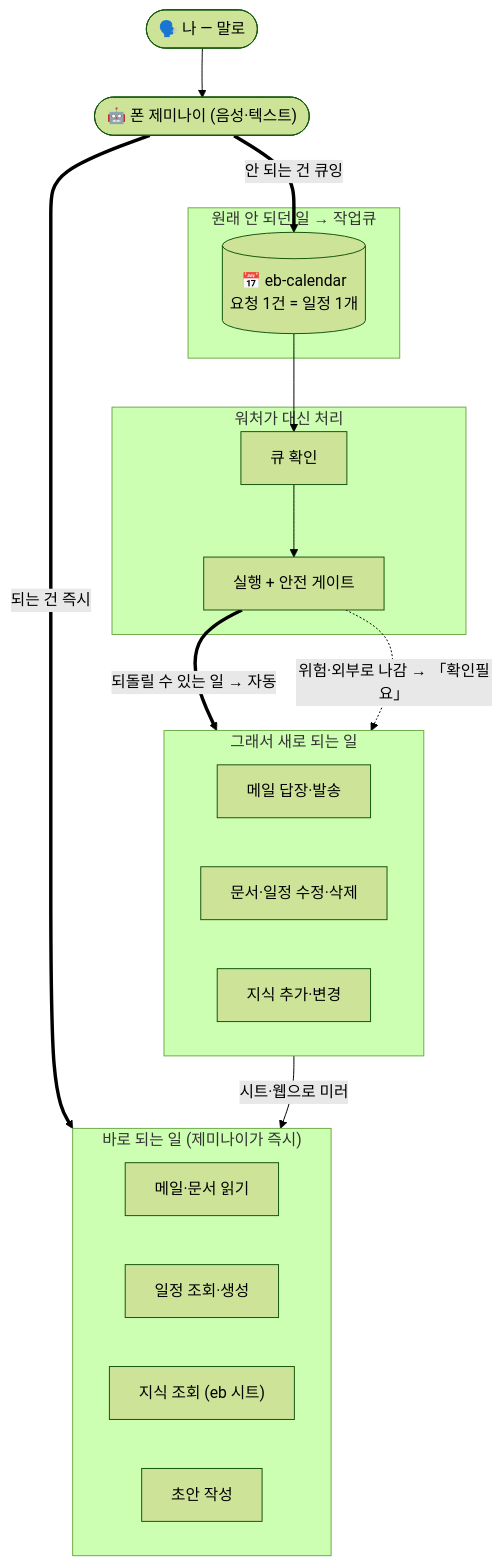
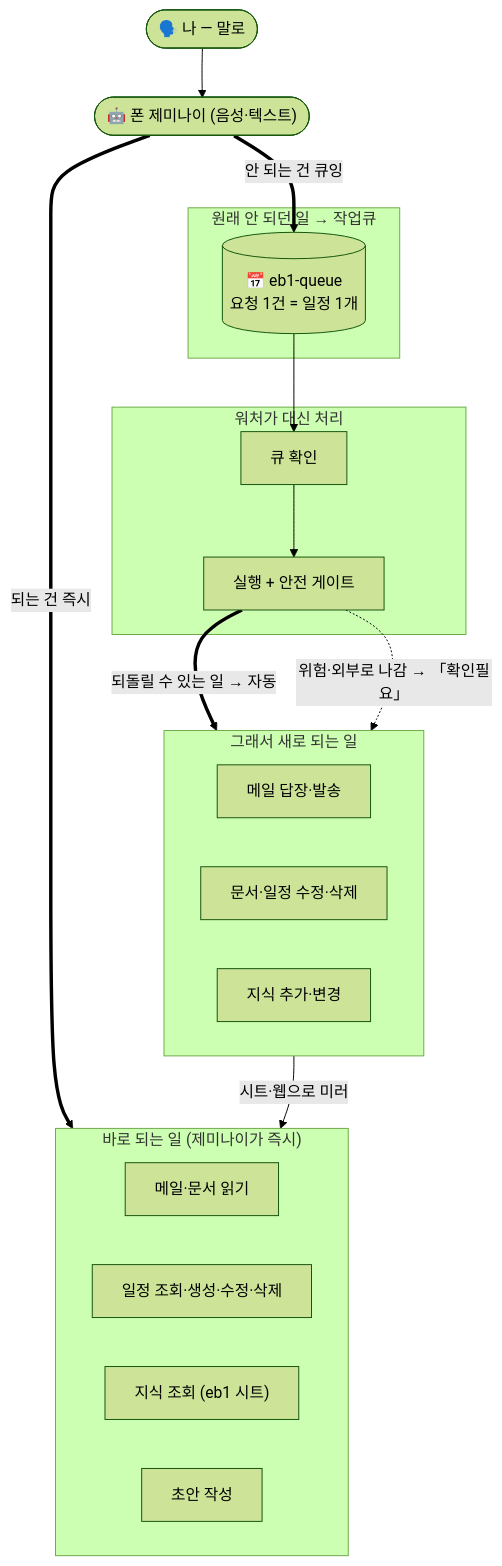
The diagram in README.md (jhs512/eb), drawn with Mermaid (forest theme) before and after one commit. The commit also changed other lines of this file and 2 other files, not shown here.

First line of the commit message:
docs: 이름 규칙 eb1/<NAME>-queue 정렬 + 일정 직접 라우팅 (README·eb-sheets·eb-setup)

````diff
--- a/README.md
+++ b/README.md
@@ -30,24 +30,24 @@
 ```mermaid
 flowchart TB
   U(["🗣️ 나 — 말로"]) --> G(["🤖 폰 제미나이 (음성·텍스트)"])
   subgraph S1["바로 되는 일 (제미나이가 즉시)"]
     direction LR
-    N1["메일·문서 읽기"]; N2["일정 조회·생성"]; N3["지식 조회 (eb 시트)"]; N4["초안 작성"]
+    N1["메일·문서 읽기"]; N2["일정 조회·생성·수정·삭제"]; N3["지식 조회 (eb1 시트)"]; N4["초안 작성"]
   end
   subgraph S2["원래 안 되던 일 → 작업큐"]
-    Q[("📅 eb-calendar<br/>요청 1건 = 일정 1개")]
+    Q[("📅 eb1-queue<br/>요청 1건 = 일정 1개")]
   end
   subgraph S3["워처가 대신 처리"]
     W1["큐 확인"] --> W2["실행 + 안전 게이트"]
   end
   subgraph S4["그래서 새로 되는 일"]
     direction LR
     E1["메일 답장·발송"]; E2["문서·일정 수정·삭제"]; E3["지식 추가·변경"]
   end
   G ==>|되는 건 즉시| S1
   G ==>|안 되는 건 큐잉| Q
   Q --> W1
   W2 ==>|되돌릴 수 있는 일 → 자동| E3
   W2 -.->|위험·외부로 나감 → 「확인필요」| E1
   E3 -->|시트·웹으로 미러| N3
 ```
````
